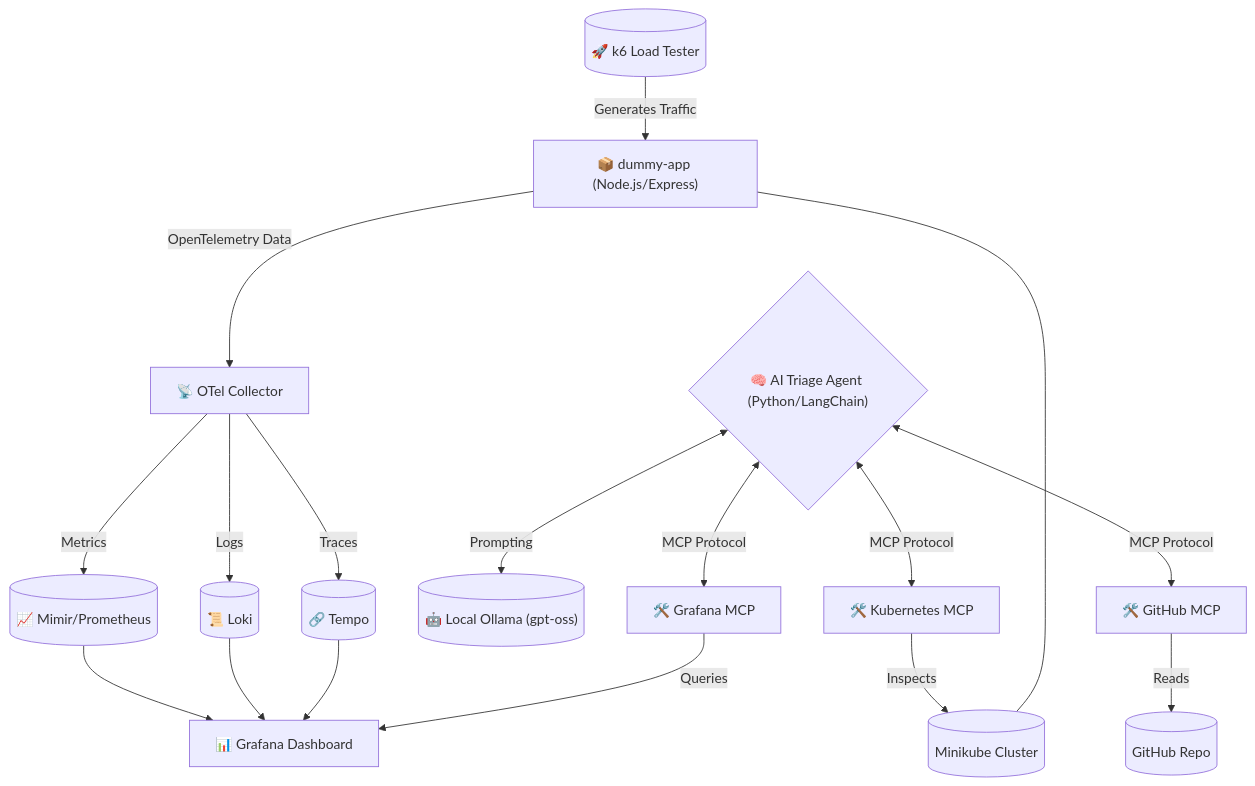
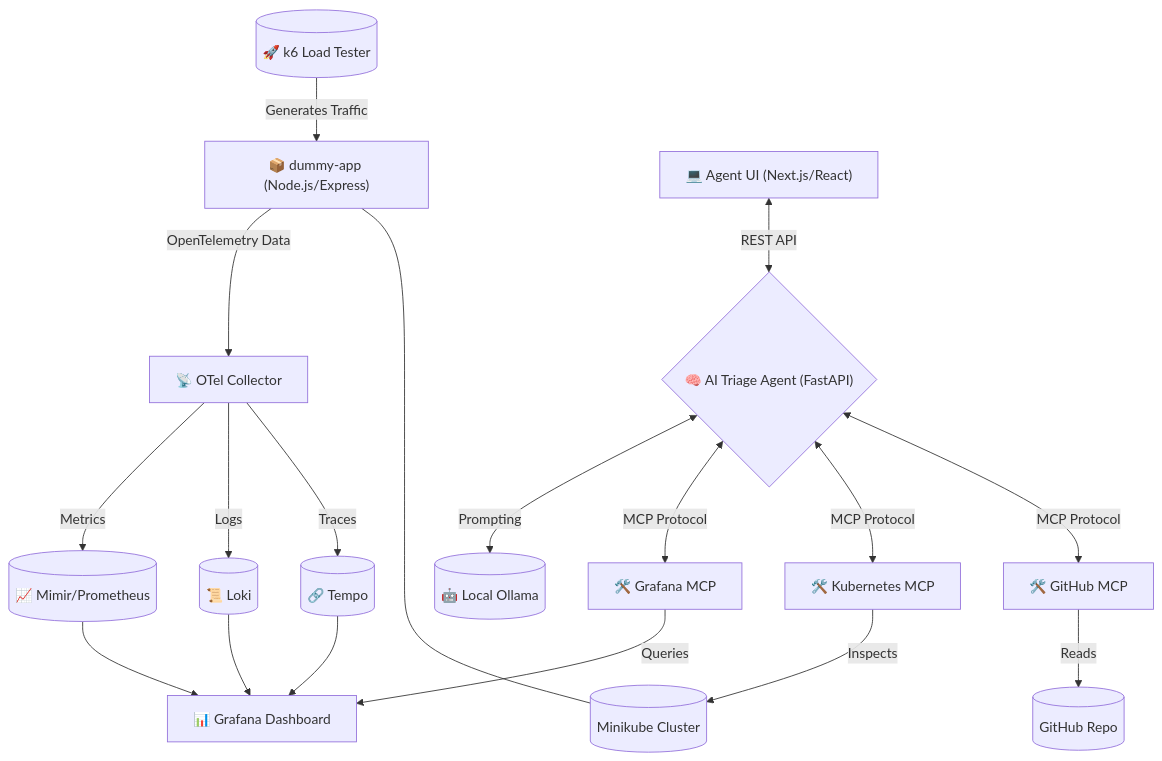
Before and after one commit to h4k5r/triage-agent: the diagram in README.md, drawn with Mermaid. The commit also changed other lines of this file, not shown here.

Commit message:
docs: update architecture and setup instructions

````diff
--- a/README.md
+++ b/README.md
@@ -9,28 +9,29 @@
 ```mermaid
 graph TD
     %% Node.js Application & Traffic
     k6[("🚀 k6 Load Tester")] -->|Generates Traffic| app["📦 dummy-app (Node.js/Express)"]
     
     %% Observability Stack
     app -->|OpenTelemetry Data| otel["📡 OTel Collector"]
     otel -->|Metrics| prom[("📈 Mimir/Prometheus")]
     otel -->|Logs| loki[("📜 Loki")]
     otel -->|Traces| tempo[("🔗 Tempo")]
     prom --> grafana["📊 Grafana Dashboard"]
     loki --> grafana
     tempo --> grafana
     
     %% AI Agent & Tools
-    agent{"🧠 AI Triage Agent (Python/LangChain)"} <-->|Prompting| ollama[("🤖 Local Ollama (gpt-oss)")]
+    ui["💻 Agent UI (Next.js/React)"] <-->|REST API| agent{"🧠 AI Triage Agent (FastAPI)"}
+    agent <-->|Prompting| ollama[("🤖 Local Ollama")]
     
     %% MCP Servers
     agent <-->|MCP Protocol| mcp_grafana["🛠️ Grafana MCP"]
     agent <-->|MCP Protocol| mcp_k8s["🛠️ Kubernetes MCP"]
     agent <-->|MCP Protocol| mcp_github["🛠️ GitHub MCP"]
     
     %% Tool Interactions
     mcp_grafana -->|Queries| grafana
     mcp_k8s -->|Inspects| minikube[(Minikube Cluster)]
     mcp_github -->|Reads| github[(GitHub Repo)]
     app --- minikube
 ```
````
